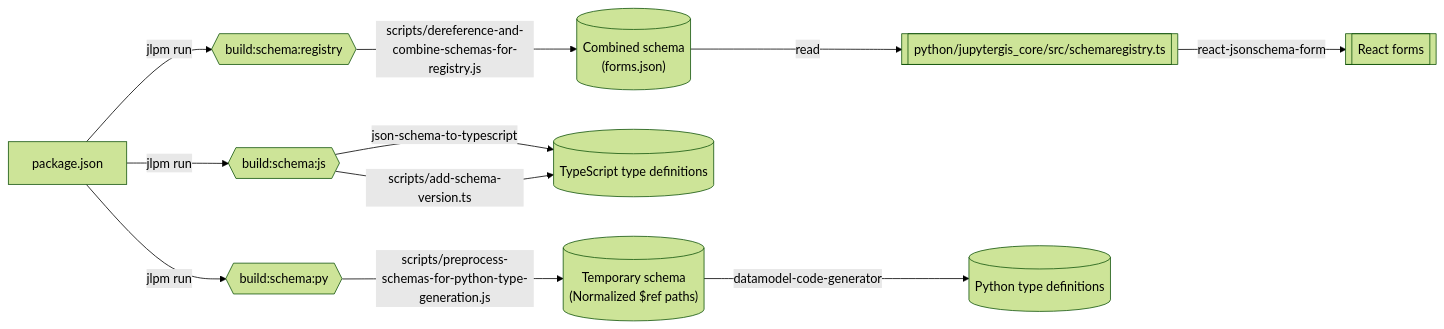
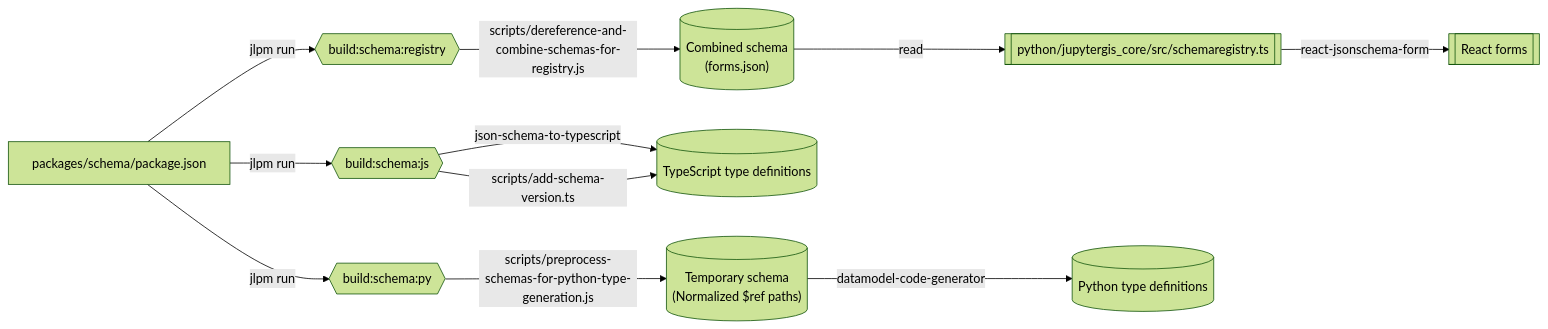
Before and after one commit to geojupyter/jupytergis: the diagram in docs/contributor_guide/explanation/code-generation.md, drawn with Mermaid (forest theme). The commit also changed other lines of this file, not shown here.

````diff
--- a/docs/contributor_guide/explanation/code-generation.md
+++ b/docs/contributor_guide/explanation/code-generation.md
@@ -12,30 +15,30 @@
 ```{mermaid}
 flowchart LR
-    package-manifest[package.json]
+    package-manifest[packages/schema/package.json]
     npm-script-schema-registry{{build:schema:registry}}
     npm-script-schema-js{{build:schema:js}}
     npm-script-schema-py{{build:schema:py}}
 
     combined-schema[(Combined schema<br/>&lpar;forms.json&rpar;)]
     schema-registry[[python/jupytergis_core/src/schemaregistry.ts]]
     react-forms[[React forms]]
 
     ts-types[(TypeScript type definitions)]
 
     tmp-schema[(Temporary schema<br/>&lpar;Normalized $ref paths&rpar;)]
     py-types[(Python type definitions)]
 
     package-manifest -->|jlpm run| npm-script-schema-registry
     package-manifest -->|jlpm run| npm-script-schema-js
     package-manifest -->|jlpm run| npm-script-schema-py
 
     npm-script-schema-registry -->|scripts/dereference-and-combine-schemas-for-registry.js| combined-schema
     -->|read| schema-registry
     -->|react-jsonschema-form| react-forms
 
     npm-script-schema-js -->|json-schema-to-typescript| ts-types
     npm-script-schema-js -->|scripts/add-schema-version.ts| ts-types
 
     npm-script-schema-py -->|scripts/preprocess-schemas-for-python-type-generation.js| tmp-schema
     --> |datamodel-code-generator| py-types
 ```
````
